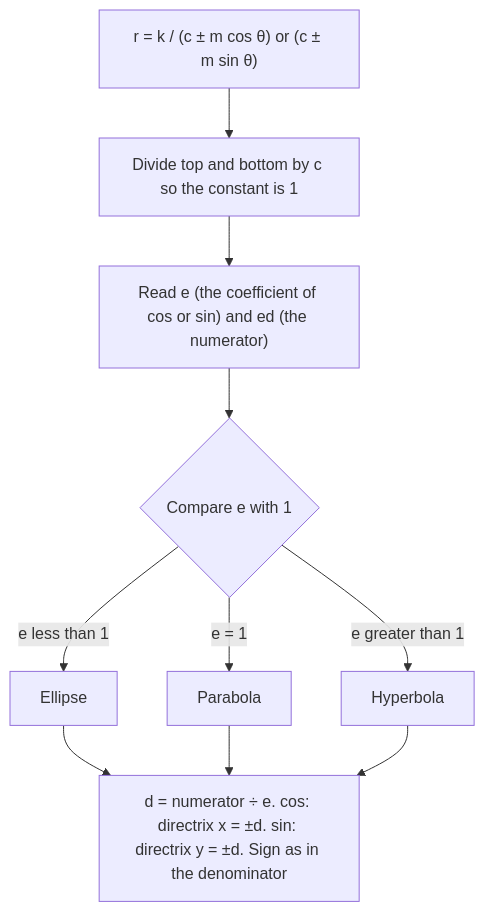
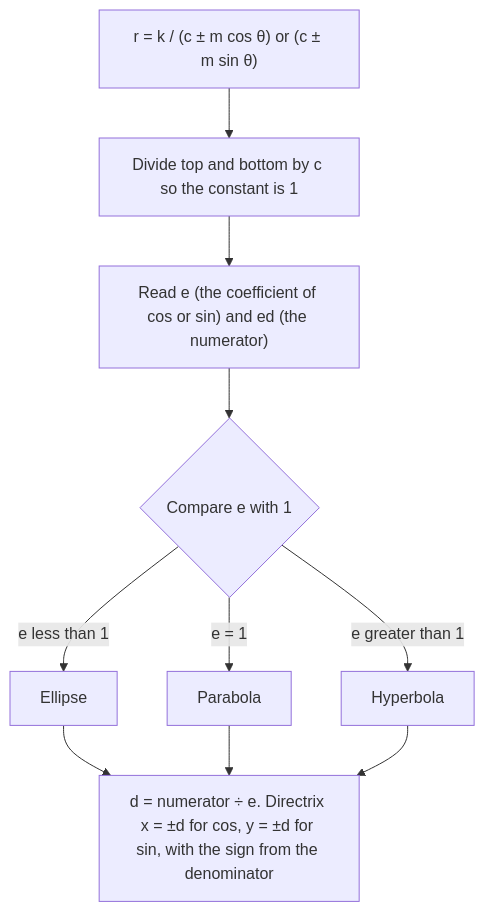
One commit to Aziliz/erudior changed the diagram in content/math/trigonometry/lessons/39h1-polar-conics.md. Above: the diagram before and after it, drawn with Mermaid. The commit also changed 110 other files, not shown here.

````diff
--- a/content/math/trigonometry/lessons/39h1-polar-conics.md
+++ b/content/math/trigonometry/lessons/39h1-polar-conics.md
@@ -49,14 +49,14 @@
 ```mermaid
 flowchart TD
   accTitle: Identifying a conic in polar form
   accDescr: Start with r equals k over c plus or minus m cos theta or sin theta. Divide the numerator and denominator by c so the constant term is 1. The coefficient of the trig function is now e, and the numerator is e d. If e is less than 1 the conic is an ellipse, if e equals 1 a parabola, if e is greater than 1 a hyperbola. Then find d by dividing the numerator by e; cos means a vertical directrix x equals plus or minus d and sin means a horizontal directrix y equals plus or minus d, with the sign taken from the sign in the denominator.
   A["r = k / (c ± m cos θ) or (c ± m sin θ)"] --> B["Divide top and bottom by c so the constant is 1"]
   B --> C["Read e (the coefficient of cos or sin) and ed (the numerator)"]
   C --> D{"Compare e with 1"}
   D -- "e less than 1" --> E[Ellipse]
   D -- "e = 1" --> F[Parabola]
   D -- "e greater than 1" --> G[Hyperbola]
-  E --> H["d = numerator ÷ e. cos: directrix x = ±d. sin: directrix y = ±d. Sign as in the denominator"]
+  E --> H["d = numerator ÷ e. Directrix x = ±d for cos, y = ±d for sin, with the sign from the denominator"]
   F --> H
   G --> H
 ```
````
